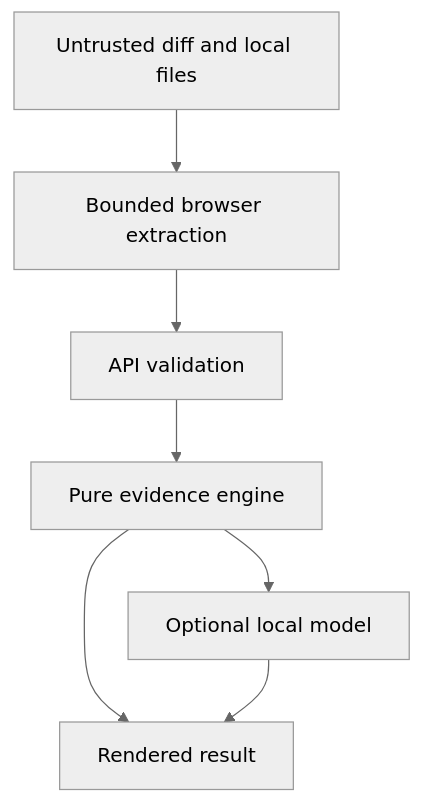
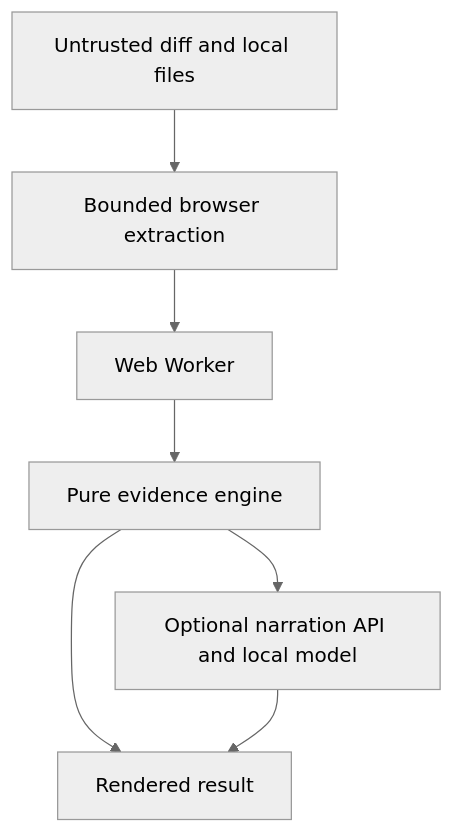
Before and after one commit to AyaanAKhan/blastradius: the diagram in docs/architecture.md, drawn with Mermaid (neutral theme). The commit also changed other lines of this file and 7 other files, not shown here.

````diff
--- a/docs/architecture.md
+++ b/docs/architecture.md
@@ -39,16 +39,16 @@
 ```mermaid
 flowchart TB
   U[Untrusted diff and local files]
   B[Bounded browser extraction]
-  V[API validation]
+  V[Web Worker]
   E[Pure evidence engine]
   R[Rendered result]
-  M[Optional local model]
+  M[Optional narration API and local model]
 
   U --> B
   B --> V
   V --> E
   E --> R
   E --> M
   M --> R
 ```
````
